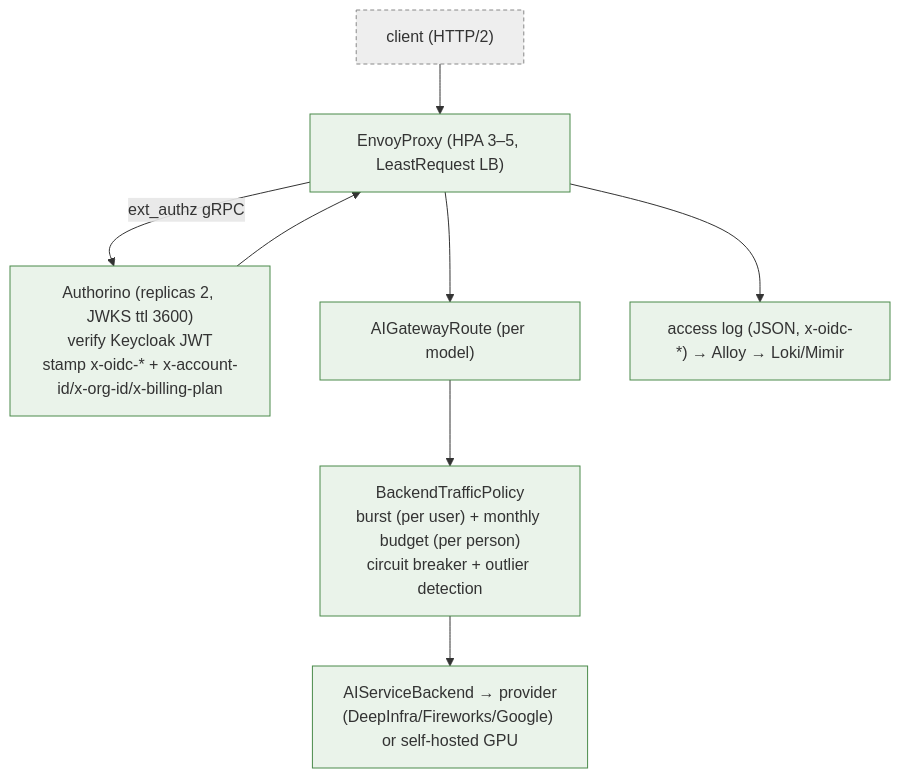
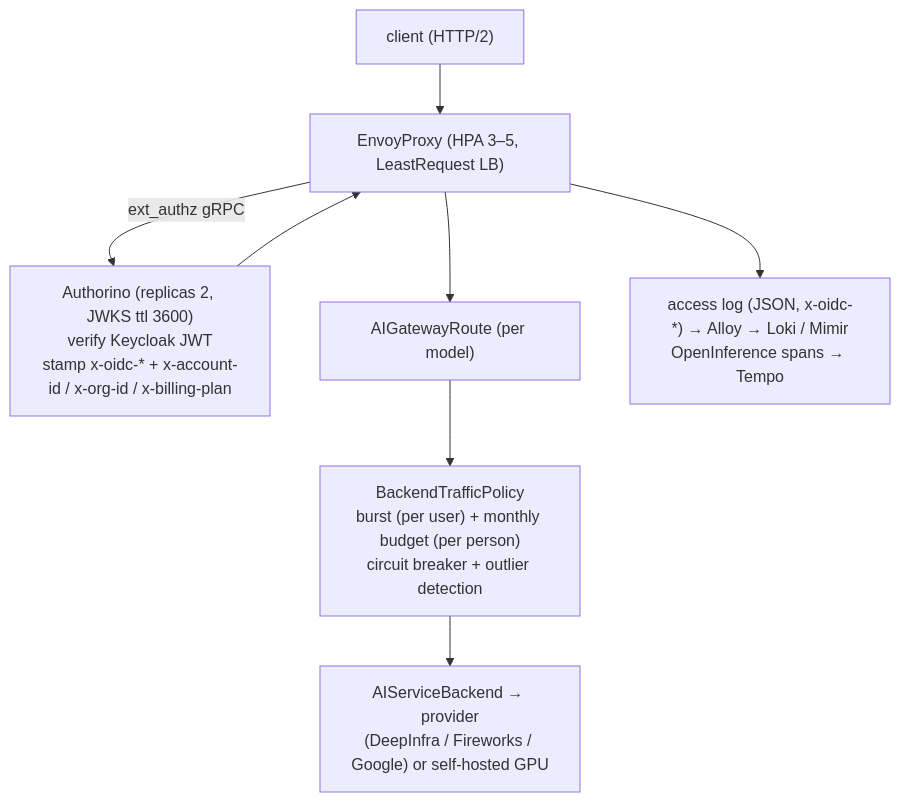
Before and after one commit to ADORSYS-GIS/ai-helm: the third of 10 diagrams in docs/arc42.md, drawn with Mermaid. The commit also changed other lines of this file, not shown here.

First line of the commit message:
docs(arc42): refresh to continuous-delivery steady state; uncolor + add diagrams

````diff
--- a/docs/arc42.md
+++ b/docs/arc42.md
@@ -183,17 +201,16 @@
 ```mermaid
 flowchart TB
-    C["client (HTTP/2)"]:::ext
-    E["EnvoyProxy (HPA 3–5, LeastRequest LB)"]:::own
-    A["Authorino (replicas 2, JWKS ttl 3600)<br/>verify Keycloak JWT<br/>stamp x-oidc-* + x-account-id/x-org-id/x-billing-plan"]:::own
-    R["AIGatewayRoute (per model)"]:::own
-    B["BackendTrafficPolicy<br/>burst (per user) + monthly budget (per person)<br/>circuit breaker + outlier detection"]:::own
-    S["AIServiceBackend → provider<br/>(DeepInfra/Fireworks/Google) or self-hosted GPU"]:::own
-    O["access log (JSON, x-oidc-*) → Alloy → Loki/Mimir"]:::own
+    C["client (HTTP/2)"]
+    E["EnvoyProxy (HPA 3–5, LeastRequest LB)"]
+    A["Authorino (replicas 2, JWKS ttl 3600)<br/>verify Keycloak JWT<br/>stamp x-oidc-* + x-account-id / x-org-id / x-billing-plan"]
+    R["AIGatewayRoute (per model)"]
+    B["BackendTrafficPolicy<br/>burst (per user) + monthly budget (per person)<br/>circuit breaker + outlier detection"]
+    S["AIServiceBackend → provider<br/>(DeepInfra / Fireworks / Google) or self-hosted GPU"]
+    O["access log (JSON, x-oidc-*) → Alloy → Loki / Mimir<br/>OpenInference spans → Tempo"]
 
-    C --> E -->|ext_authz gRPC| A --> E
+    C --> E
+    E -->|ext_authz gRPC| A
+    A --> E
     E --> R --> B --> S
     E --> O
-
-    classDef own fill:#eaf3ea,stroke:#4a8a4a;
-    classDef ext fill:#eee,stroke:#888,stroke-dasharray:4 3;
 ```
````
